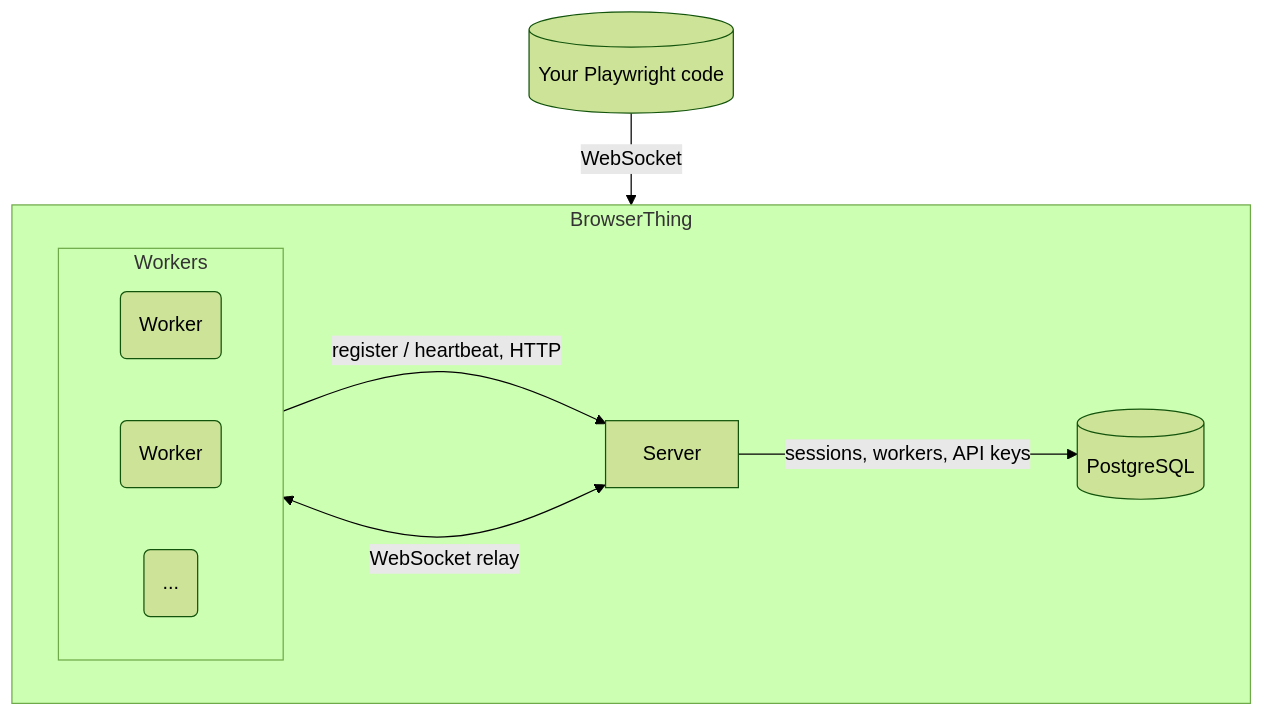
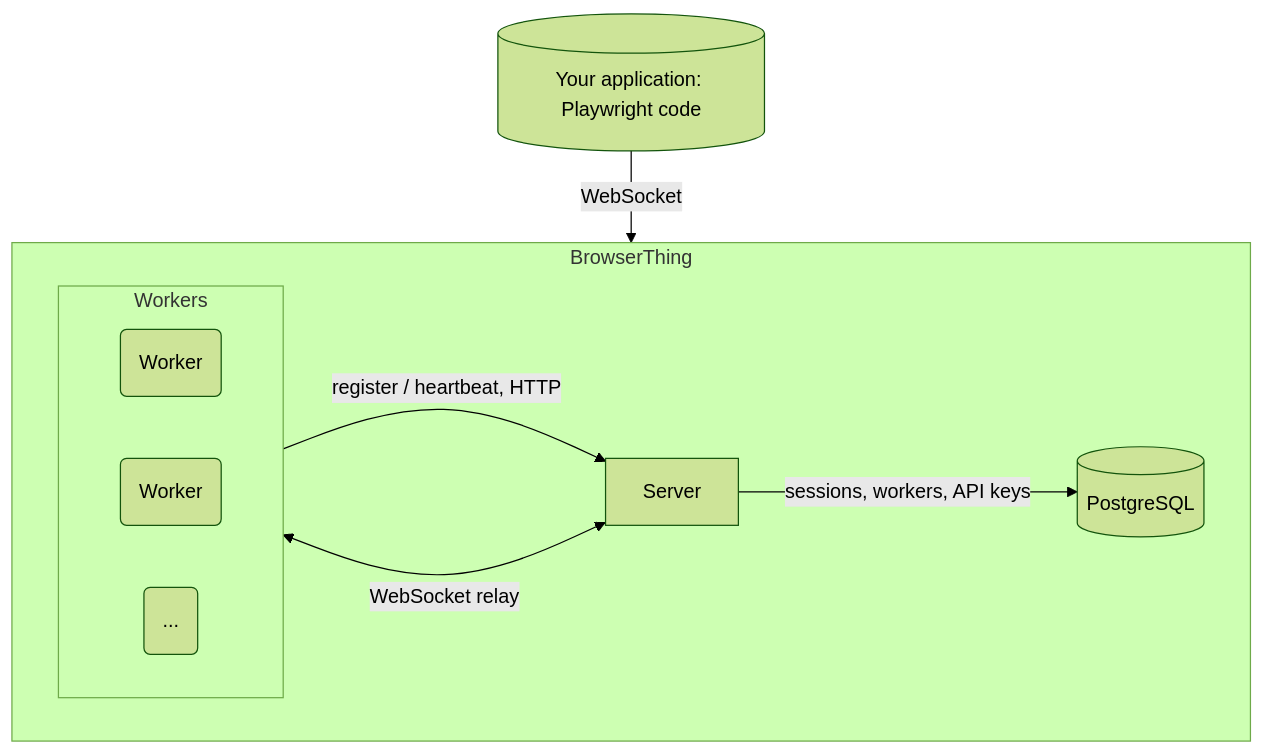
The diagram in README.md (mbroton/browserthing), drawn with Mermaid (forest theme) before and after one commit. The commit also changed other lines of this file and 15 other files, not shown here.

````diff
--- a/README.md
+++ b/README.md
@@ -139,19 +143,19 @@
 ```mermaid
 flowchart TD
-    Client[(Your Playwright code)] -->|WebSocket| Server
+    Client[(Your application: Playwright code)] -->|WebSocket| Server
 
     subgraph BrowserThing
         direction LR
 
         Server -->|sessions, workers, API keys| PostgreSQL[(PostgreSQL)]
         Server <-->|WebSocket relay| workerGroup
         workerGroup -->|register / heartbeat, HTTP| Server
 
         subgraph workerGroup [Workers]
             direction LR
             Worker1(Worker)
             Worker2(Worker)
             WorkerN(...)
         end
     end
 ```
````
